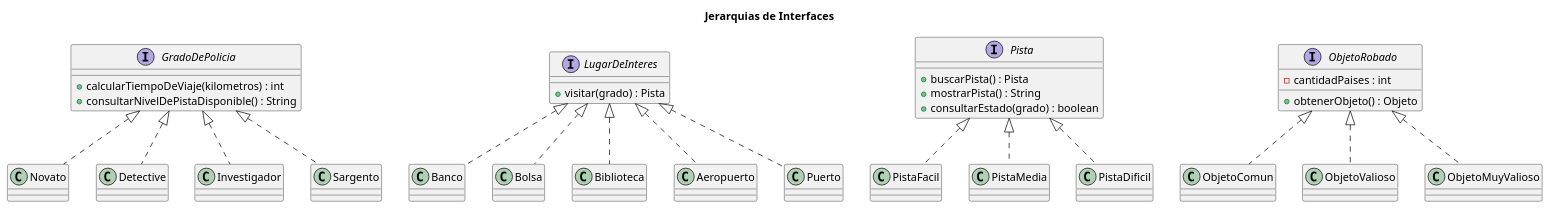
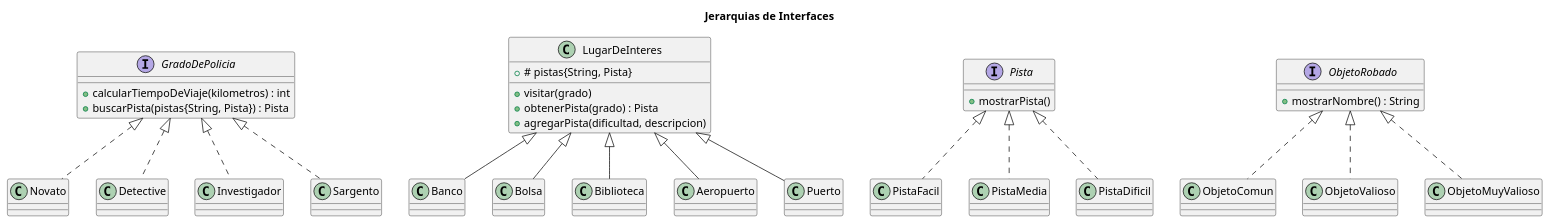
One commit to kmu01/Algo3_tp2 changed the diagram in diagrams/classes/entrega1/DC_Jerarquias.puml. Above: the diagram before and after it, drawn with PlantUML.

Commit message:
Actualizacion DC y pequeños cambios: Discutir la relacion de "Posicion"

```diff
--- a/diagrams/classes/entrega1/DC_Jerarquias.puml
+++ b/diagrams/classes/entrega1/DC_Jerarquias.puml
@@ -1,60 +1,60 @@
 @startuml
 title Jerarquias de Interfaces
 interface GradoDePolicia{
     + calcularTiempoDeViaje(kilometros) : int
-    + consultarNivelDePistaDisponible() : String
+    + buscarPista(pistas{String, Pista}) : Pista
 }
 class Novato{}
 class Detective{}
 class Investigador{}
 class Sargento{}
 
 
-interface LugarDeInteres{
-    + visitar(grado) : Pista
+class LugarDeInteres{
+    + # pistas{String, Pista}
+    + visitar(grado)
+    + obtenerPista(grado) : Pista
+    + agregarPista(dificultad, descripcion)
 }
 
 class Banco{}
 class Bolsa{}
 class Biblioteca{}
 class Aeropuerto{}
 class Puerto{}
 
 interface Pista{
-    + buscarPista() : Pista
-    + mostrarPista() : String
-    + consultarEstado(grado) : boolean
+    + mostrarPista()
 }
 class PistaFacil{}
 class PistaMedia{}
 class PistaDificil{}
 
 interface ObjetoRobado{
-    - cantidadPaises : int
-	+ obtenerObjeto() : Objeto
+    + mostrarNombre() : String
 }
 
 class ObjetoComun{}
 class ObjetoValioso{}
 class ObjetoMuyValioso{}
 
 GradoDePolicia <|.. Novato
 GradoDePolicia <|.. Detective
 GradoDePolicia <|.. Investigador
 GradoDePolicia <|.. Sargento
 
 Pista <|.. PistaFacil
 Pista <|.. PistaMedia
 Pista <|.. PistaDificil
 
-LugarDeInteres <|.. Banco
-LugarDeInteres <|.. Bolsa
-LugarDeInteres <|.. Biblioteca
-LugarDeInteres <|.. Aeropuerto
-LugarDeInteres <|.. Puerto
+LugarDeInteres <|-- Banco
+LugarDeInteres <|-- Bolsa
+LugarDeInteres <|-- Biblioteca
+LugarDeInteres <|-- Aeropuerto
+LugarDeInteres <|-- Puerto
 
 ObjetoRobado <|.. ObjetoComun
 ObjetoRobado <|.. ObjetoValioso
 ObjetoRobado <|.. ObjetoMuyValioso
 
 @enduml
```
